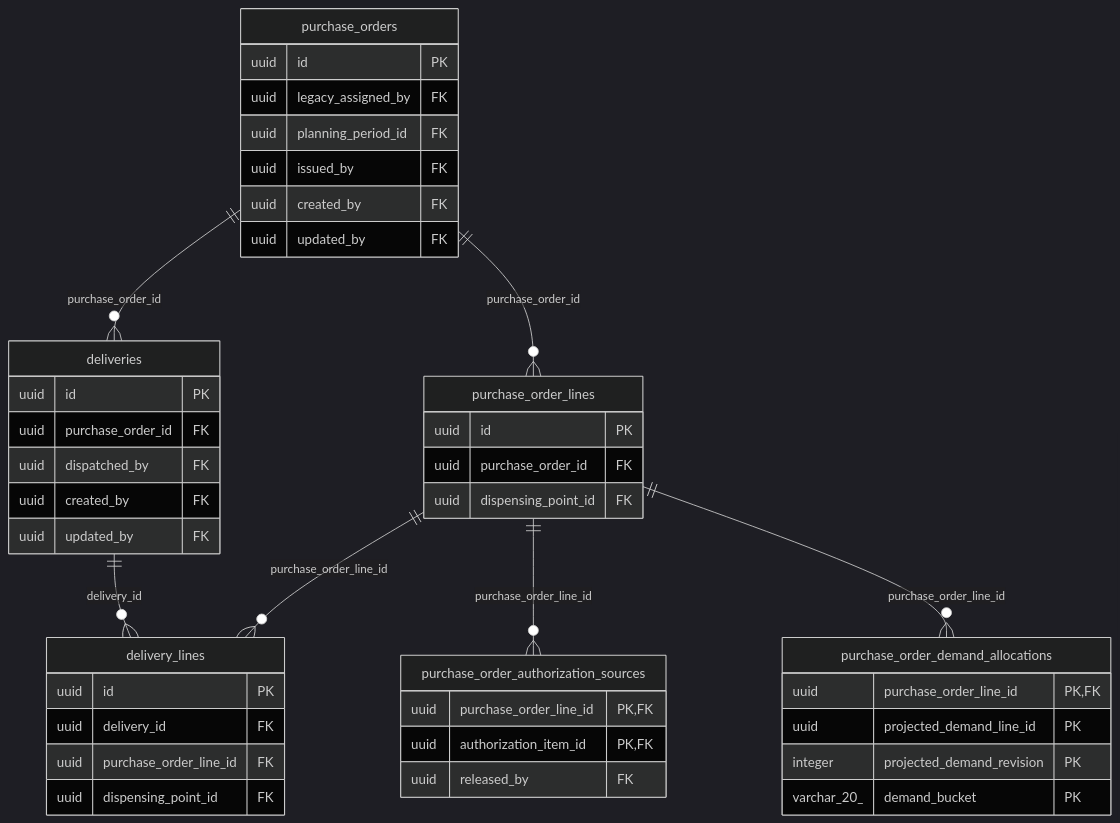
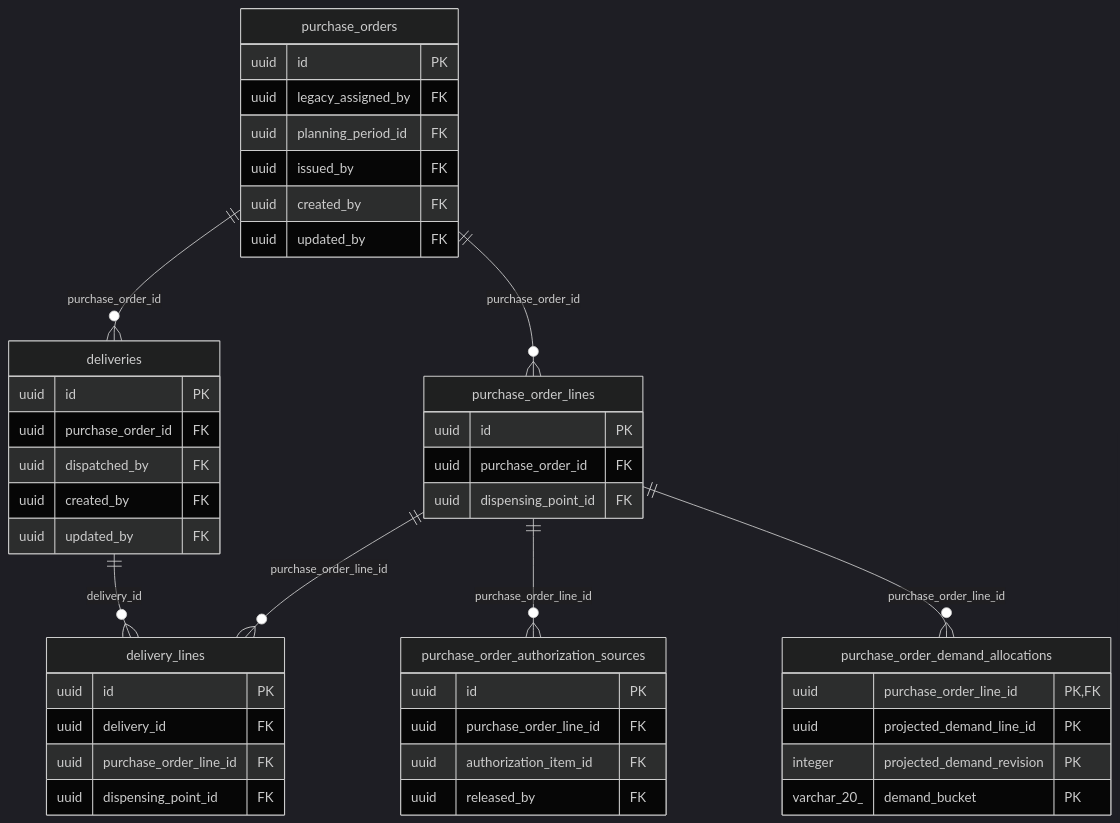
The diagram in docs/base-de-datos/diagramas/compras.mmd (andresalvarezb/mtd-olp-medicarte), drawn with Mermaid (dark theme) before and after one commit. The commit also changed 39 other files, not shown here.

```diff
--- a/docs/base-de-datos/diagramas/compras.mmd
+++ b/docs/base-de-datos/diagramas/compras.mmd
@@ -1,45 +1,46 @@
 erDiagram
   deliveries {
     uuid id PK
     uuid purchase_order_id FK
     uuid dispatched_by FK
     uuid created_by FK
     uuid updated_by FK
   }
   delivery_lines {
     uuid id PK
     uuid delivery_id FK
     uuid purchase_order_line_id FK
     uuid dispensing_point_id FK
   }
   purchase_order_authorization_sources {
-    uuid purchase_order_line_id PK,FK
-    uuid authorization_item_id PK,FK
+    uuid id PK
+    uuid purchase_order_line_id FK
+    uuid authorization_item_id FK
     uuid released_by FK
   }
   purchase_order_demand_allocations {
     uuid purchase_order_line_id PK,FK
     uuid projected_demand_line_id PK
     integer projected_demand_revision PK
     varchar_20_ demand_bucket PK
   }
   purchase_order_lines {
     uuid id PK
     uuid purchase_order_id FK
     uuid dispensing_point_id FK
   }
   purchase_orders {
     uuid id PK
     uuid legacy_assigned_by FK
     uuid planning_period_id FK
     uuid issued_by FK
     uuid created_by FK
     uuid updated_by FK
   }
   purchase_orders ||--o{ deliveries : "purchase_order_id"
   deliveries ||--o{ delivery_lines : "delivery_id"
   purchase_order_lines ||--o{ delivery_lines : "purchase_order_line_id"
   purchase_order_lines ||--o{ purchase_order_authorization_sources : "purchase_order_line_id"
   purchase_order_lines ||--o{ purchase_order_demand_allocations : "purchase_order_line_id"
   purchase_orders ||--o{ purchase_order_lines : "purchase_order_id"
   %% Relaciones entre dominios: consultar schema-index.json / catálogo generado.
```
